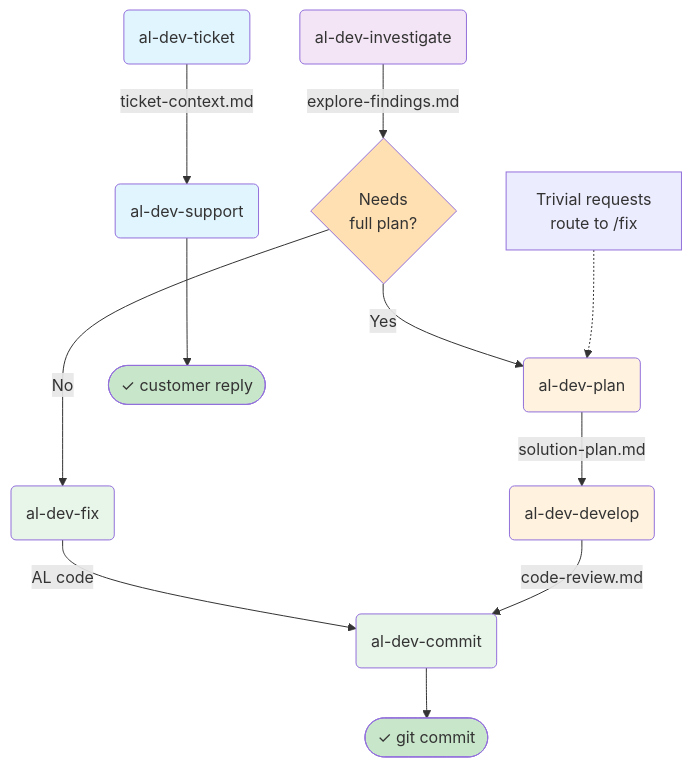
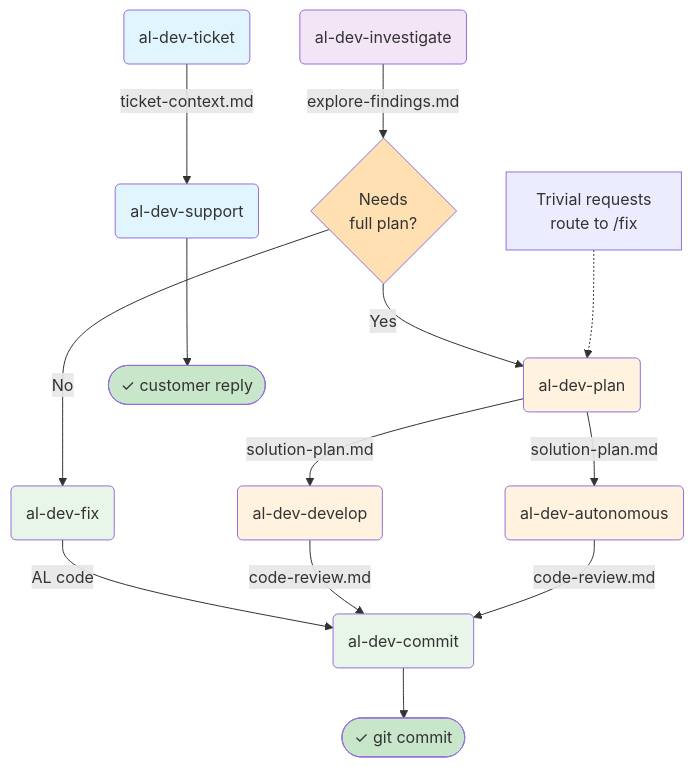
One commit to russell-laing/al-dev-shared changed the first of 19 diagrams in docs/al-dev-plugin-map.md. Above: the diagram before and after it, drawn with Mermaid. The commit also changed other lines of this file, not shown here.

````diff
--- a/docs/al-dev-plugin-map.md
+++ b/docs/al-dev-plugin-map.md
@@ -14,34 +14,37 @@
 ```mermaid
 flowchart TD
     %% Entry points
     Ticket("al-dev-ticket") -->|ticket-context.md| Support("al-dev-support")
     Investigate("al-dev-investigate")
     FixDirect("al-dev-fix") -->|AL code| Commit("al-dev-commit")
     
     %% Investigation path branches
     Investigate -->|explore-findings.md| Decision1{Needs<br/>full plan?}
     Decision1 -->|Yes| Plan("al-dev-plan")
     Decision1 -->|No| FixDirect
     
     %% Main development spine
     Plan -->|solution-plan.md| Develop("al-dev-develop")
+    Plan -->|solution-plan.md| Autonomous("al-dev-autonomous")
     Develop -->|code-review.md| Commit
+    Autonomous -->|code-review.md| Commit
     
     %% Complexity gate within plan
     Note["Trivial requests<br/>route to /fix"] -.-> Plan
     
     %% Outputs
     Commit --> Git(["✓ git commit"])
     Support --> Reply(["✓ customer reply"])
     
     style Ticket fill:#e1f5ff
     style Support fill:#e1f5ff
     style Investigate fill:#f3e5f5
     style Plan fill:#fff3e0
     style Develop fill:#fff3e0
+    style Autonomous fill:#fff3e0
     style FixDirect fill:#e8f5e9
     style Commit fill:#e8f5e9
     style Git fill:#c8e6c9
     style Reply fill:#c8e6c9
     style Decision1 fill:#ffe0b2
 ```
````
